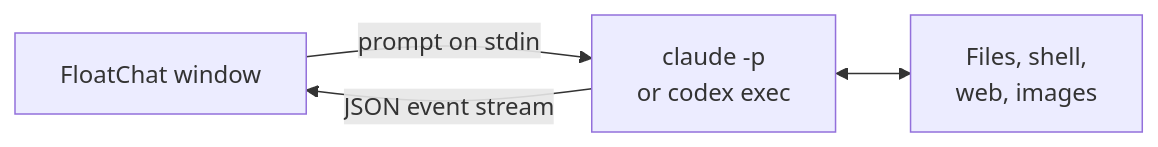
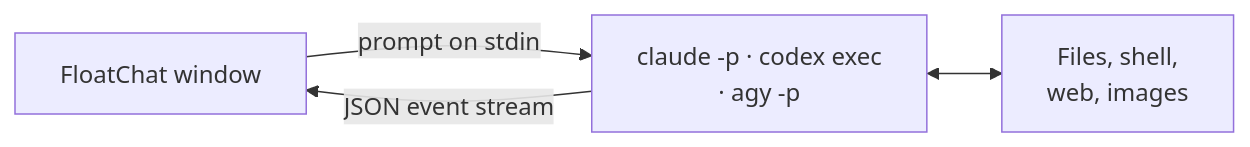
Before and after one commit to Evihut/FloatChat: the diagram in README.md, drawn with Mermaid. The commit also changed other lines of this file and 12 other files, not shown here.

````diff
--- a/README.md
+++ b/README.md
@@ -98,6 +104,6 @@
 ```mermaid
 flowchart LR
-    A["FloatChat window"] -- "prompt on stdin" --> B["claude -p<br/>or codex exec"]
+    A["FloatChat window"] -- "prompt on stdin" --> B["claude -p · codex exec<br/>· agy -p"]
     B -- "JSON event stream" --> A
     B <--> C["Files, shell,<br/>web, images"]
 ```
````
